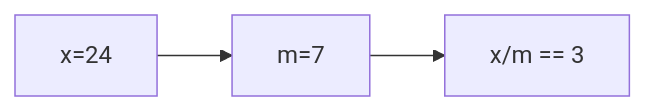
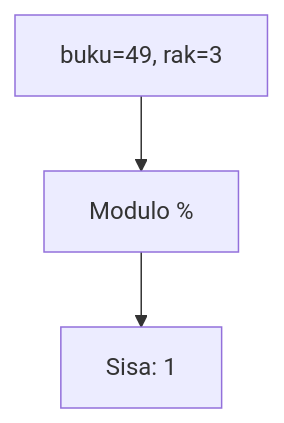
One commit to amnahwaida/OSNK_INF_PREP changed diagram 11 of 25 in part-c-pemahaman-cpp/01-tipe-data/latihan/set-09.md. Above: the diagram before and after it, drawn with Mermaid. The commit also changed other lines of this file and 71 other files, not shown here.

````diff
--- a/part-c-pemahaman-cpp/01-tipe-data/latihan/set-09.md
+++ b/part-c-pemahaman-cpp/01-tipe-data/latihan/set-09.md
@@ -295,5 +308,5 @@
 ```mermaid
-graph LR
-A["x=24"] --> B["m=7"]
-B --> C["x/m == 3"]
+graph TD
+A["buku=49, rak=3"] --> B["Modulo %"]
+B --> C["Sisa: 1"]
 ```
````
